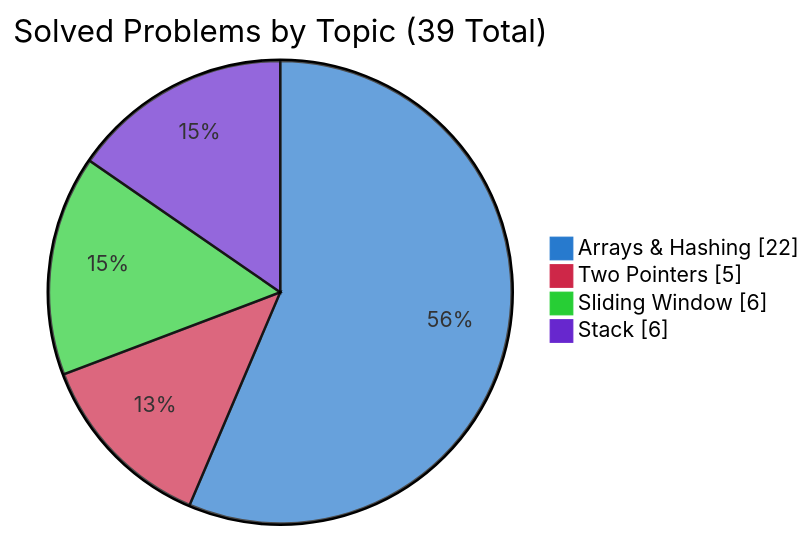
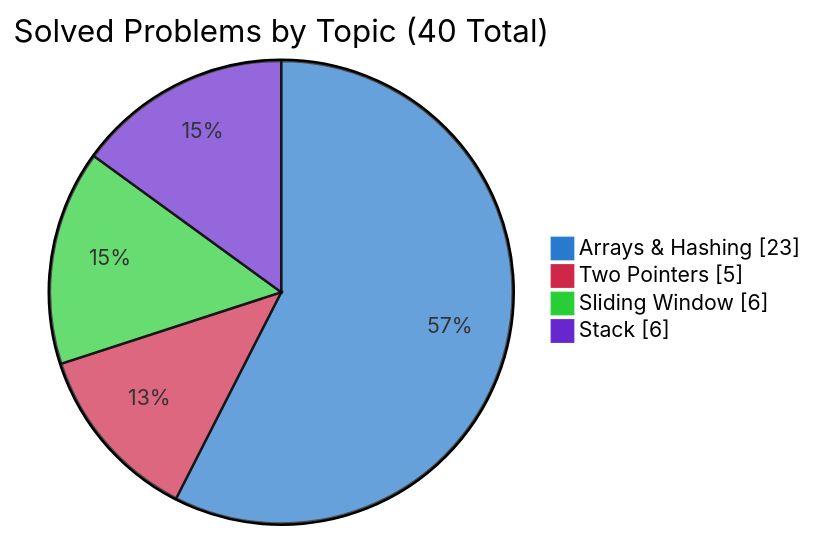
The second of 3 diagrams in README.md (simonesiega/leetcode-solutions), drawn with Mermaid before and after one commit. The commit also changed other lines of this file and 11 other files, not shown here.

````diff
--- a/README.md
+++ b/README.md
@@ -84,9 +84,9 @@
 ```mermaid
 %%{init: {"themeVariables":{"pie1":"#277ace","pie2":"#ce2748","pie3":"#27ce35","pie4":"#6727ce"},"themeCSS":".pieCircle:nth-of-type(1){fill:#277ace!important}.legend:nth-of-type(2) rect{fill:#277ace!important;stroke:#277ace!important}.pieCircle:nth-of-type(2){fill:#ce2748!important}.legend:nth-of-type(3) rect{fill:#ce2748!important;stroke:#ce2748!important}.pieCircle:nth-of-type(3){fill:#27ce35!important}.legend:nth-of-type(4) rect{fill:#27ce35!important;stroke:#27ce35!important}.pieCircle:nth-of-type(4){fill:#6727ce!important}.legend:nth-of-type(5) rect{fill:#6727ce!important;stroke:#6727ce!important}"}}%%
 pie showData
-    title Solved Problems by Topic (39 Total)
-    "Arrays & Hashing" : 22
+    title Solved Problems by Topic (40 Total)
+    "Arrays & Hashing" : 23
     "Two Pointers" : 5
     "Sliding Window" : 6
     "Stack" : 6
 ```
````
